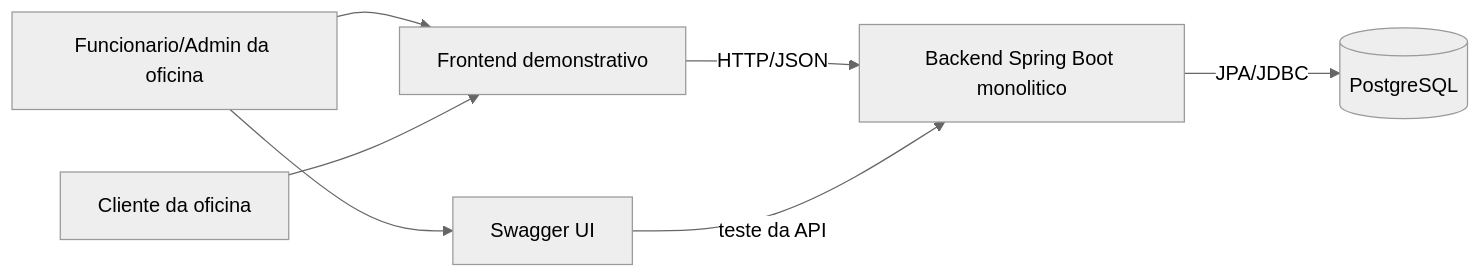
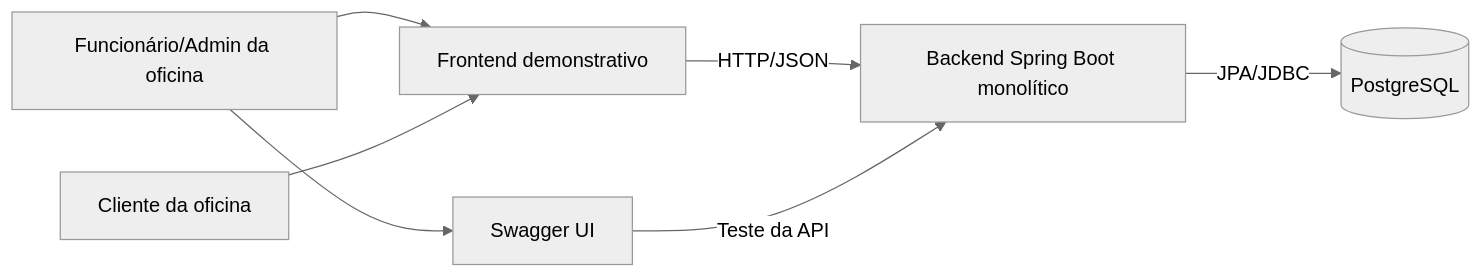
Before and after one commit to yxsbx/SOAT-FIAP: the first of 6 diagrams in docs/ARCHITECTURE.md, drawn with Mermaid (neutral theme). The commit also changed other lines of this file and 13 other files, not shown here.

````diff
--- a/docs/ARCHITECTURE.md
+++ b/docs/ARCHITECTURE.md
@@ -88,16 +90,16 @@
 ```mermaid
 flowchart LR
-    Admin["Funcionario/Admin da oficina"]
+    Admin["Funcionário/Admin da oficina"]
     Cliente["Cliente da oficina"]
     Frontend["Frontend demonstrativo"]
     Swagger["Swagger UI"]
-    Backend["Backend Spring Boot monolitico"]
+    Backend["Backend Spring Boot monolítico"]
     Database[("PostgreSQL")]
 
     Admin --> Frontend
     Cliente --> Frontend
     Admin --> Swagger
     Frontend -->|"HTTP/JSON"| Backend
-    Swagger -->|"teste da API"| Backend
+    Swagger -->|"Teste da API"| Backend
     Backend -->|"JPA/JDBC"| Database
 ```
````
